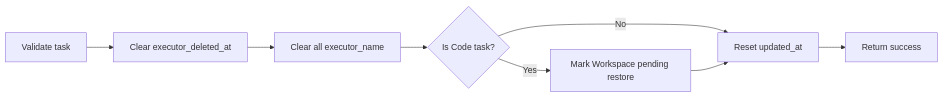
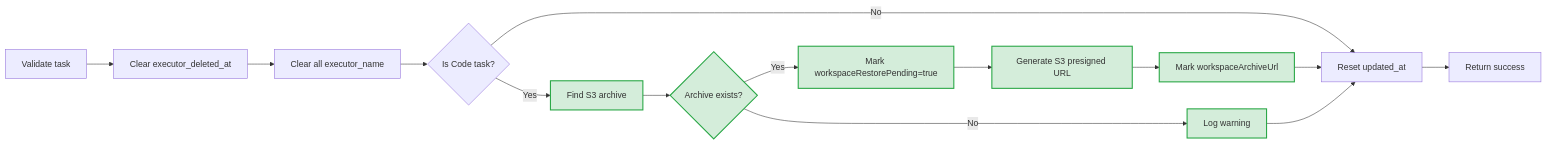
Before and after one commit to wecode-ai/Wegent: the third of 9 diagrams in docs/en/features/task-restore.md, drawn with Mermaid. The commit also changed other lines of this file and 1 other file, not shown here.

First line of the commit message:
docs: update task restore documentation with visual markers

````diff
--- a/docs/en/features/task-restore.md
+++ b/docs/en/features/task-restore.md
@@ -128,10 +201,18 @@
 ```mermaid
 flowchart LR
     A[Validate task] --> B[Clear executor_deleted_at]
     B --> C[Clear all executor_name]
     C --> D{Is Code task?}
-    D -->|Yes| E[Mark Workspace pending restore]
+    D -->|Yes| E[Find S3 archive]:::new
     D -->|No| F[Reset updated_at]
-    E --> F
-    F --> G[Return success]
+    E --> G{Archive exists?}:::new
+    G -->|Yes| H[Mark workspaceRestorePending=true]:::new
+    G -->|No| I[Log warning]:::new
+    H --> J[Generate S3 presigned URL]:::new
+    J --> K[Mark workspaceArchiveUrl]:::new
+    K --> F
+    I --> F
+    F --> L[Return success]
+
+    classDef new fill:#d4edda,stroke:#28a745,stroke-width:2px
 ```
````
